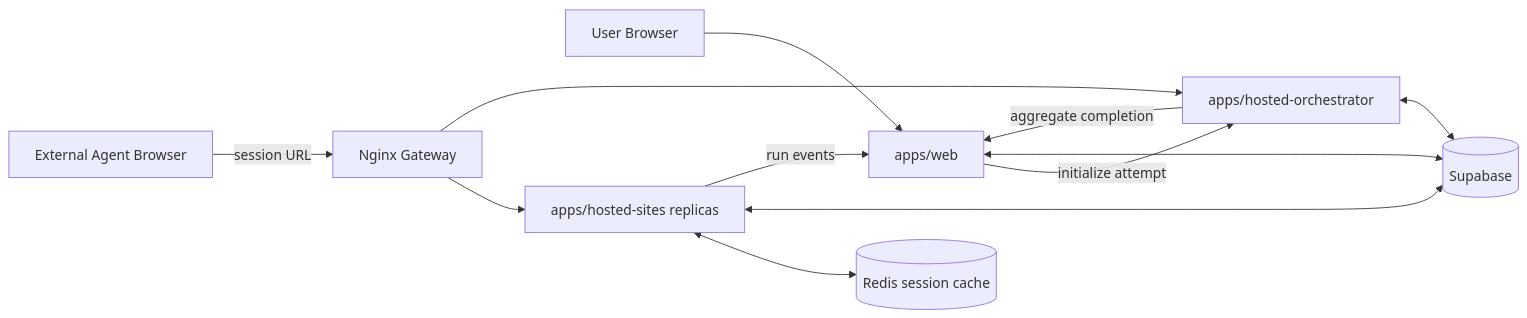
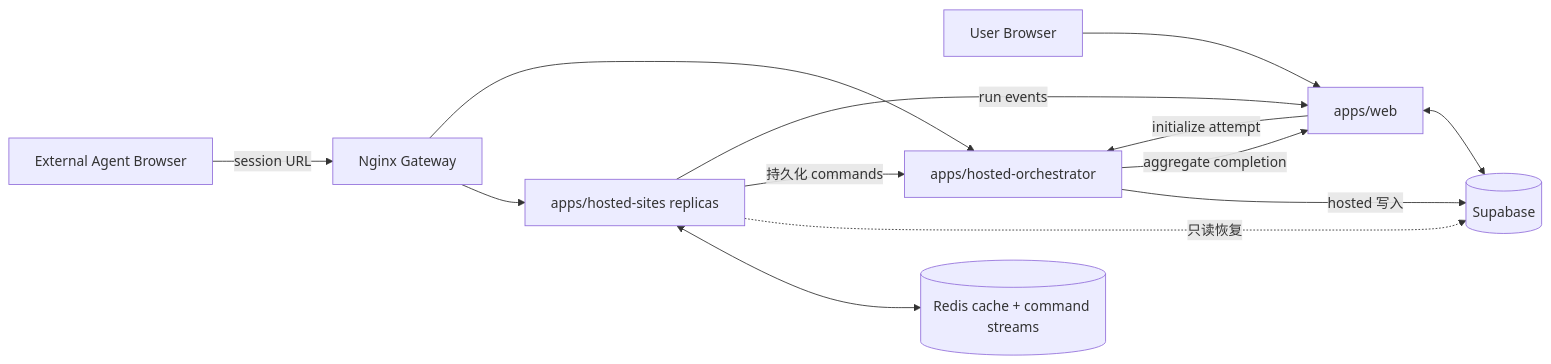
One commit to Kaiwen0418/agent-benchmark changed the diagram in README.zh-CN.md. Above: the diagram before and after it, drawn with Mermaid. The commit also changed 30 other files, not shown here.

Commit message:
feat: scale hosted orchestration with Redis streams

````diff
--- a/README.zh-CN.md
+++ b/README.zh-CN.md
@@ -38,14 +38,15 @@
 ```mermaid
 flowchart LR
   Agent["External Agent Browser"] -->|"session URL"| Gateway["Nginx Gateway"]
   User["User Browser"] --> Web["apps/web"]
   Web -->|"initialize attempt"| Orchestrator["apps/hosted-orchestrator"]
   Gateway --> Sites["apps/hosted-sites replicas"]
   Gateway --> Orchestrator
-  Sites <--> Redis[("Redis session cache")]
+  Sites <--> Redis[("Redis cache + command streams")]
   Web <--> DB[("Supabase")]
-  Sites <--> DB
-  Orchestrator <--> DB
+  Sites -.->|"只读恢复"| DB
+  Sites -->|"持久化 commands"| Orchestrator
+  Orchestrator -->|"hosted 写入"| DB
   Sites -->|"run events"| Web
   Orchestrator -->|"aggregate completion"| Web
 ```
````
